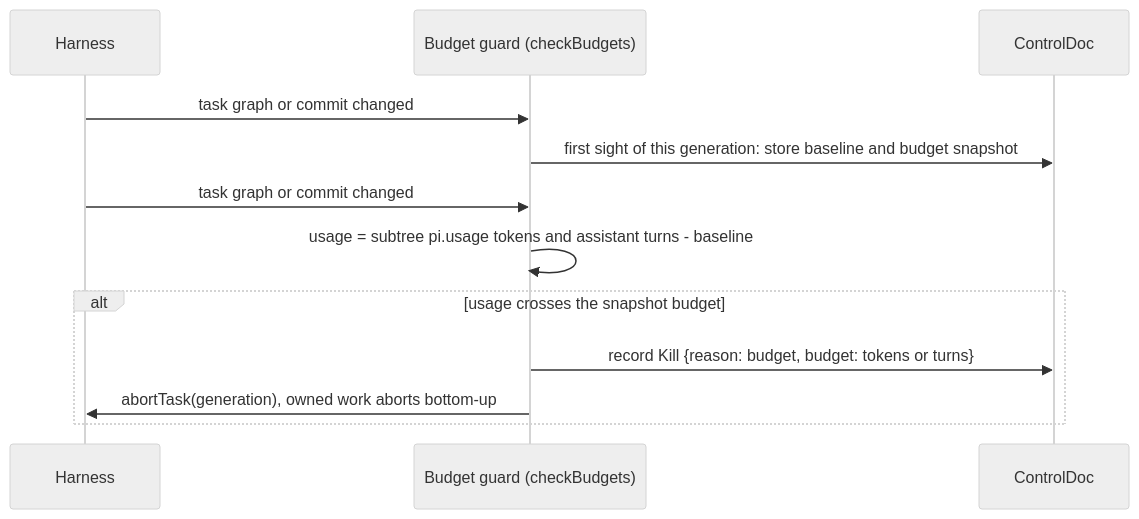
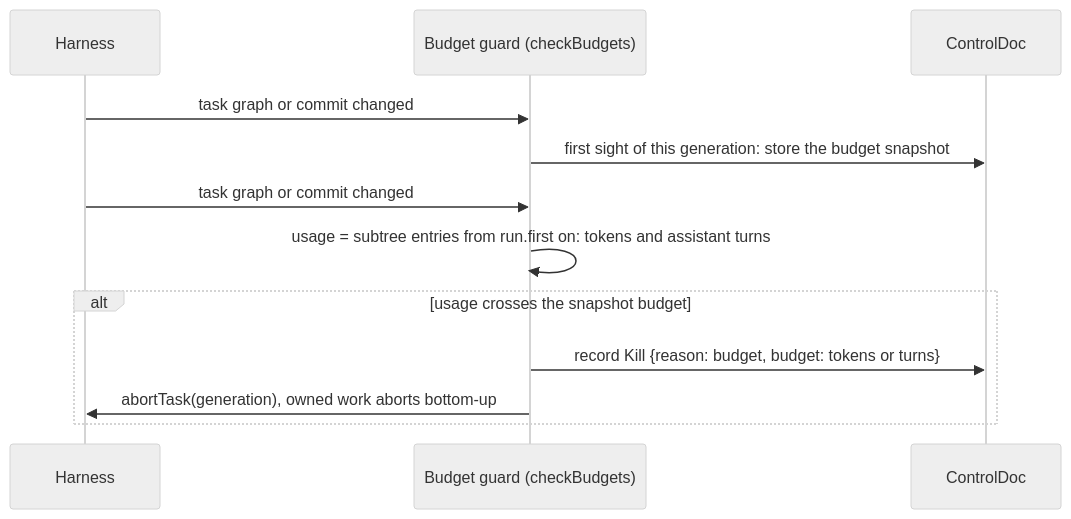
Before and after one commit to hung-ngm/pi-durable-replay: the fourth of 6 diagrams in SPEC.md, drawn with Mermaid (neutral theme). The commit also changed other lines of this file and 2 other files, not shown here.

First line of the commit message:
fix(control): count a run's usage from its first entry

````diff
--- a/SPEC.md
+++ b/SPEC.md
@@ -166,14 +166,14 @@
 ```mermaid
 sequenceDiagram
   participant H as Harness
   participant G as Budget guard (checkBudgets)
   participant C as ControlDoc
   H->>G: task graph or commit changed
-  G->>C: first sight of this generation: store baseline and budget snapshot
+  G->>C: first sight of this generation: store the budget snapshot
   H->>G: task graph or commit changed
-  G->>G: usage = subtree pi.usage tokens and assistant turns - baseline
+  G->>G: usage = subtree entries from run.first on: tokens and assistant turns
   alt usage crosses the snapshot budget
     G->>C: record Kill {reason: budget, budget: tokens or turns}
     G->>H: abortTask(generation), owned work aborts bottom-up
   end
 ```
````
